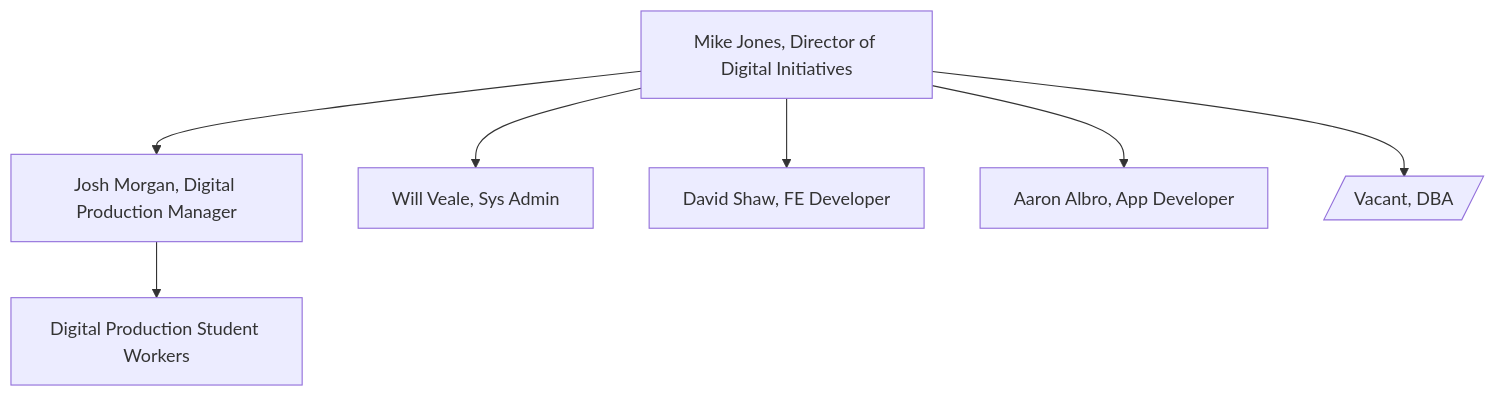
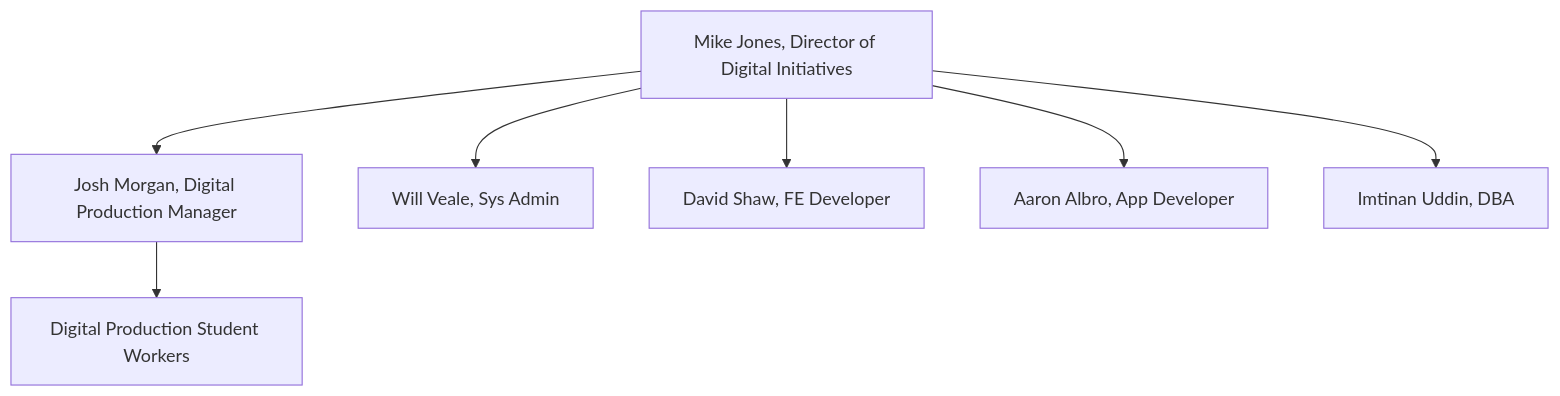
Before and after one commit to utkdigitalinitiatives/.github: the diagram in profile/README.md, drawn with Mermaid. The commit also changed other lines of this file, not shown here.

````diff
--- a/profile/README.md
+++ b/profile/README.md
@@ -29,11 +30,11 @@
 ```mermaid
 
 graph TD
     MJ[Mike Jones, Director of Digital Initiatives] 
     MJ --> JM[Josh Morgan, Digital Production Manager]
     MJ --> WV[Will Veale, Sys Admin]
     MJ --> DS[David Shaw, FE Developer]
     MJ --> AA[Aaron Albro, App Developer]
-    MJ --> DBA[/Vacant, DBA/]
+    MJ --> DBA[Imtinan Uddin, DBA]
     JM --> DPS[Digital Production Student Workers]
 ```
````
